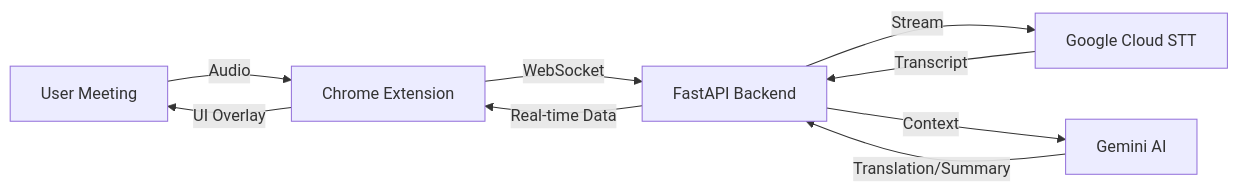
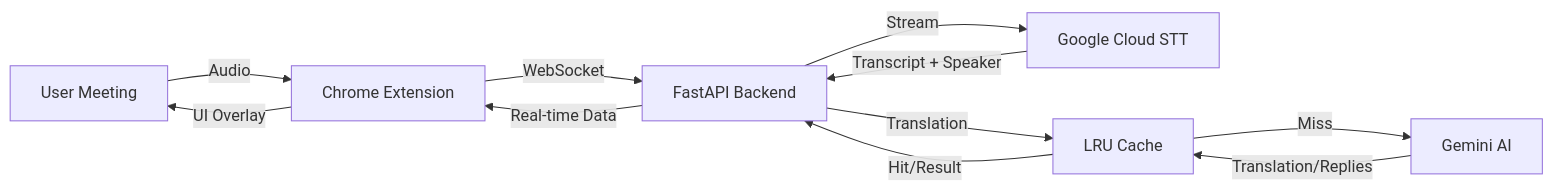
Before and after one commit to ticoxz/LanguageBridge: the diagram in README.md, drawn with Mermaid. The commit also changed other lines of this file and 14 other files, not shown here.

First line of the commit message:
feat: Add speed optimizations, speaker diarization, and context continuation

````diff
--- a/README.md
+++ b/README.md
@@ -81,11 +112,13 @@
 ```mermaid
 graph LR
     User[User Meeting] -->|Audio| Ext[Chrome Extension]
     Ext -->|WebSocket| API[FastAPI Backend]
     API -->|Stream| Google[Google Cloud STT]
-    API -->|Context| Gemini[Gemini AI]
-    Google -->|Transcript| API
-    Gemini -->|Translation/Summary| API
+    API -->|Translation| Cache[LRU Cache]
+    Cache -->|Miss| Gemini[Gemini AI]
+    Google -->|Transcript + Speaker| API
+    Gemini -->|Translation/Replies| Cache
+    Cache -->|Hit/Result| API
     API -->|Real-time Data| Ext
     Ext -->|UI Overlay| User
 ```
````
